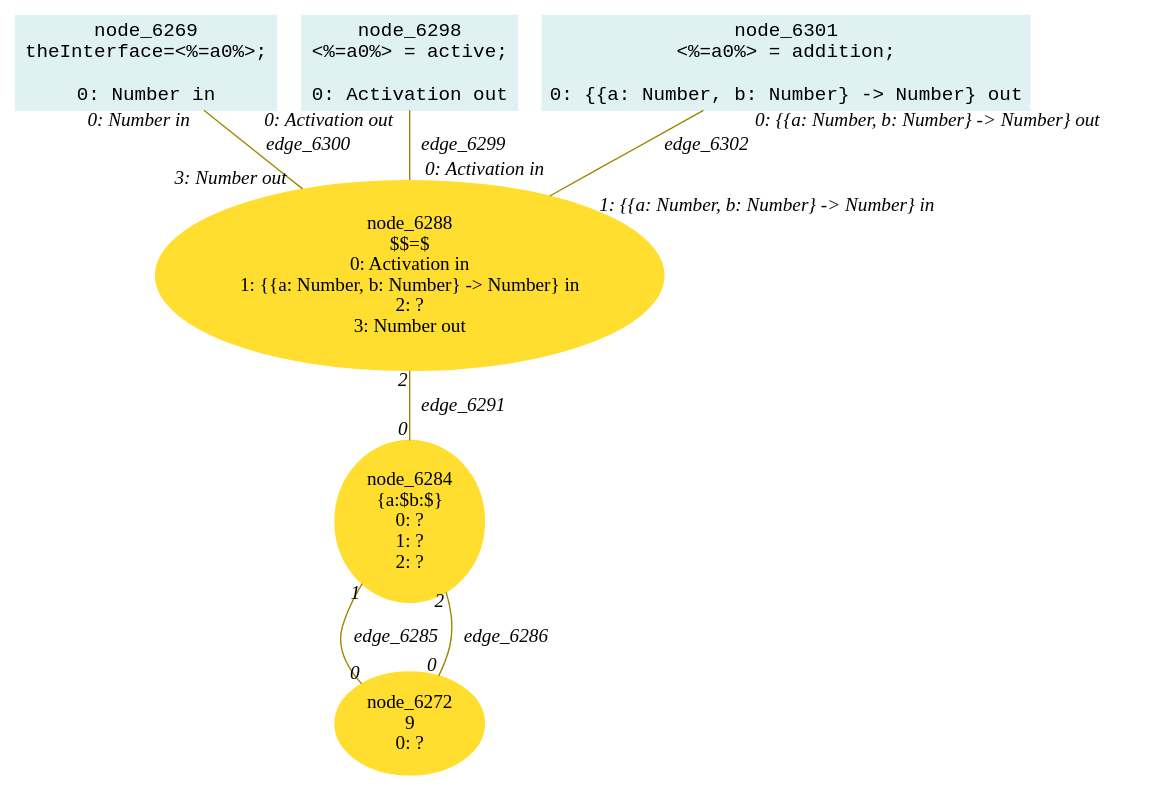
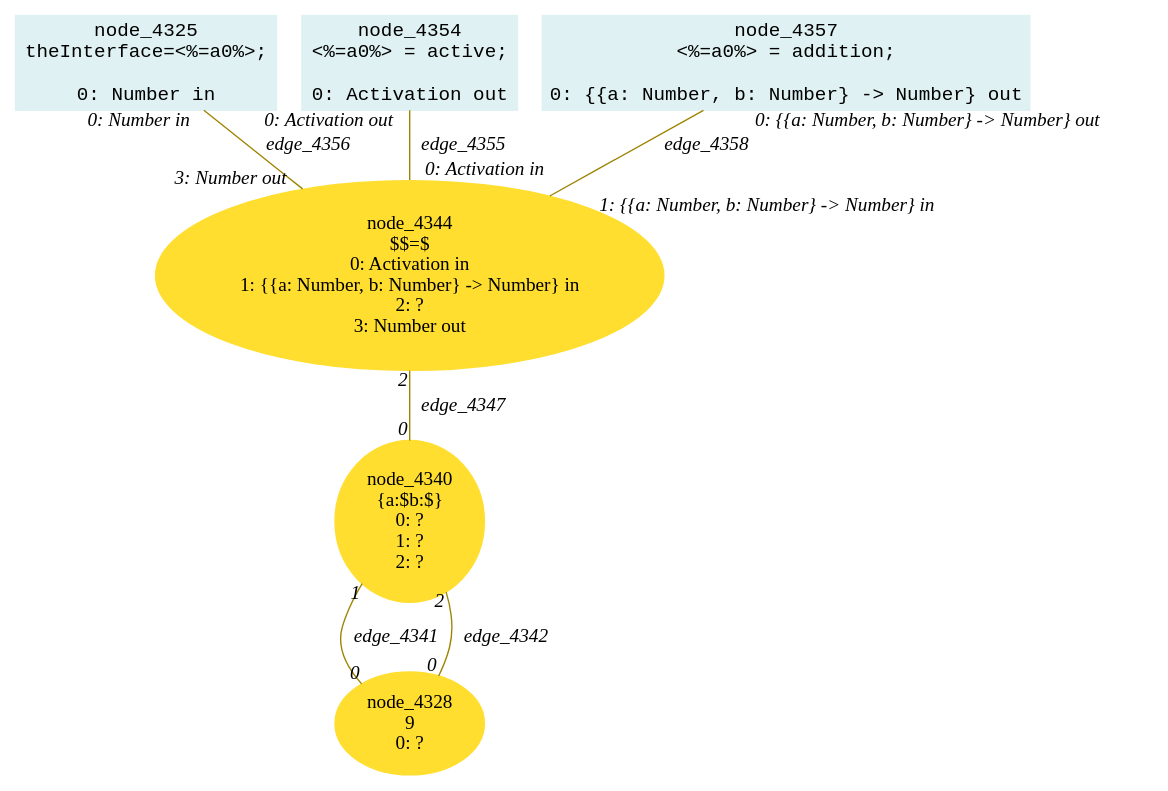
The diagram in lidl-core/example/ok/literals/dot/20createDataFlowDirection3.dot (crubier/lidl), drawn with Graphviz before and after one commit. The commit also changed 983 other files, not shown here.

```diff
--- a/lidl-core/example/ok/literals/dot/20createDataFlowDirection3.dot
+++ b/lidl-core/example/ok/literals/dot/20createDataFlowDirection3.dot
@@ -1,33 +1,33 @@
-digraph g{node_6269 [shape="box", style="filled", color="#dff1f2", fontname="Courier", label="node_6269
+digraph g{node_4325 [shape="box", style="filled", color="#dff1f2", fontname="Courier", label="node_4325
 theInterface=<%=a0%>;
 
 0: Number in" ]
-node_6272 [shape="ellipse", style="filled", color="#ffde2f", fontname="Times", label="node_6272
+node_4328 [shape="ellipse", style="filled", color="#ffde2f", fontname="Times", label="node_4328
 9
 0: ?" ]
-node_6284 [shape="ellipse", style="filled", color="#ffde2f", fontname="Times", label="node_6284
+node_4340 [shape="ellipse", style="filled", color="#ffde2f", fontname="Times", label="node_4340
 {a:$b:$}
 0: ?
 1: ?
 2: ?" ]
-node_6288 [shape="ellipse", style="filled", color="#ffde2f", fontname="Times", label="node_6288
+node_4344 [shape="ellipse", style="filled", color="#ffde2f", fontname="Times", label="node_4344
 $$=$
 0: Activation in
 1: {{a: Number, b: Number} -> Number} in
 2: ?
 3: Number out" ]
-node_6298 [shape="box", style="filled", color="#dff1f2", fontname="Courier", label="node_6298
+node_4354 [shape="box", style="filled", color="#dff1f2", fontname="Courier", label="node_4354
 <%=a0%> = active;
 
 0: Activation out" ]
-node_6301 [shape="box", style="filled", color="#dff1f2", fontname="Courier", label="node_6301
+node_4357 [shape="box", style="filled", color="#dff1f2", fontname="Courier", label="node_4357
 <%=a0%> = addition;
 
 0: {{a: Number, b: Number} -> Number} out" ]
-node_6284 -> node_6272 [dir=none, arrowHead=none, fontname="Times-Italic", arrowsize=1, color="#9d8400", label="edge_6285",  headlabel="0", taillabel="1" ]
-node_6284 -> node_6272 [dir=none, arrowHead=none, fontname="Times-Italic", arrowsize=1, color="#9d8400", label="edge_6286",  headlabel="0", taillabel="2" ]
-node_6288 -> node_6284 [dir=none, arrowHead=none, fontname="Times-Italic", arrowsize=1, color="#9d8400", label="edge_6291",  headlabel="0", taillabel="2" ]
-node_6298 -> node_6288 [dir=none, arrowHead=none, fontname="Times-Italic", arrowsize=1, color="#9d8400", label="edge_6299",  headlabel="0: Activation in", taillabel="0: Activation out" ]
-node_6269 -> node_6288 [dir=none, arrowHead=none, fontname="Times-Italic", arrowsize=1, color="#9d8400", label="edge_6300",  headlabel="3: Number out", taillabel="0: Number in" ]
-node_6301 -> node_6288 [dir=none, arrowHead=none, fontname="Times-Italic", arrowsize=1, color="#9d8400", label="edge_6302",  headlabel="1: {{a: Number, b: Number} -> Number} in", taillabel="0: {{a: Number, b: Number} -> Number} out" ]
+node_4340 -> node_4328 [dir=none, arrowHead=none, fontname="Times-Italic", arrowsize=1, color="#9d8400", label="edge_4341",  headlabel="0", taillabel="1" ]
+node_4340 -> node_4328 [dir=none, arrowHead=none, fontname="Times-Italic", arrowsize=1, color="#9d8400", label="edge_4342",  headlabel="0", taillabel="2" ]
+node_4344 -> node_4340 [dir=none, arrowHead=none, fontname="Times-Italic", arrowsize=1, color="#9d8400", label="edge_4347",  headlabel="0", taillabel="2" ]
+node_4354 -> node_4344 [dir=none, arrowHead=none, fontname="Times-Italic", arrowsize=1, color="#9d8400", label="edge_4355",  headlabel="0: Activation in", taillabel="0: Activation out" ]
+node_4325 -> node_4344 [dir=none, arrowHead=none, fontname="Times-Italic", arrowsize=1, color="#9d8400", label="edge_4356",  headlabel="3: Number out", taillabel="0: Number in" ]
+node_4357 -> node_4344 [dir=none, arrowHead=none, fontname="Times-Italic", arrowsize=1, color="#9d8400", label="edge_4358",  headlabel="1: {{a: Number, b: Number} -> Number} in", taillabel="0: {{a: Number, b: Number} -> Number} out" ]
 }
```
